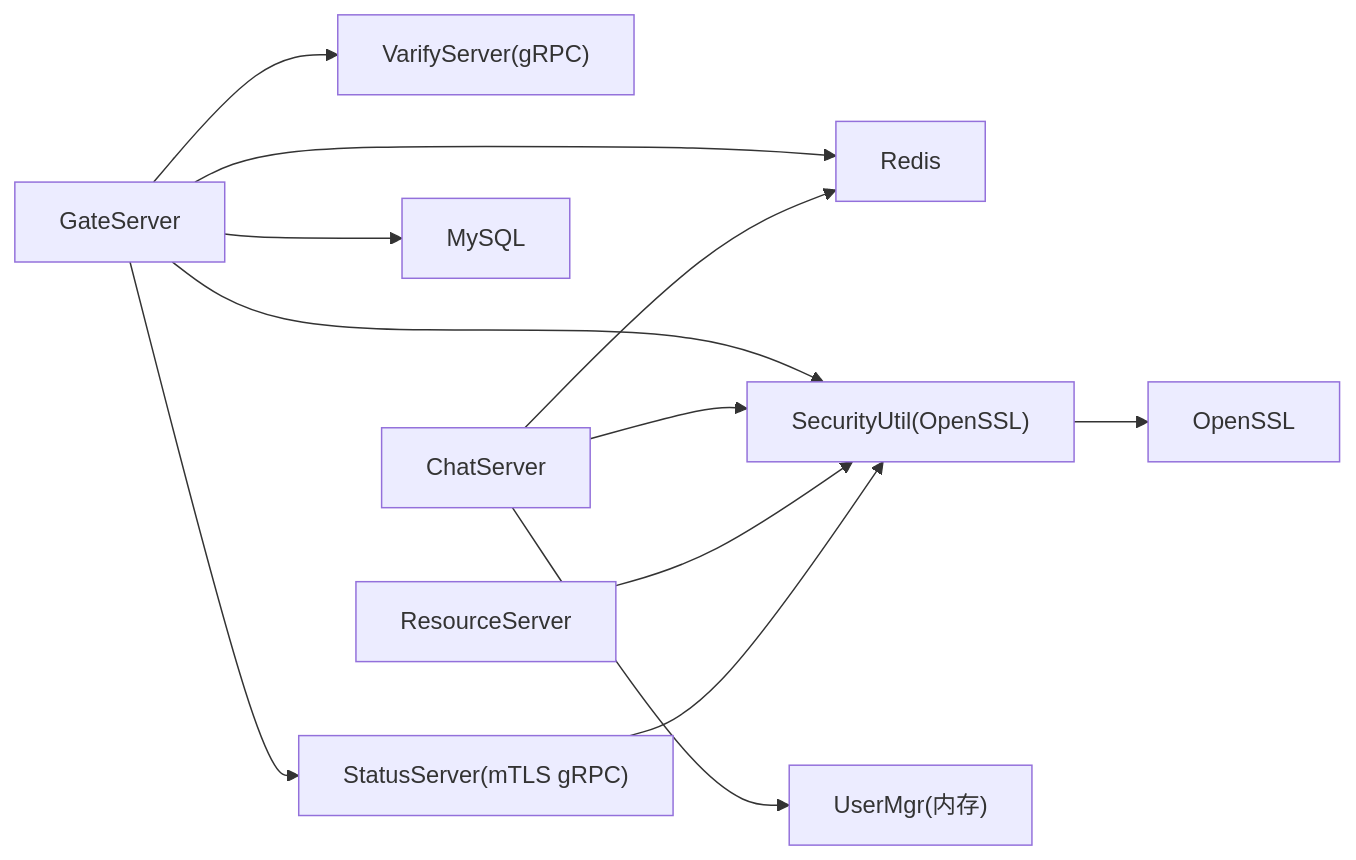
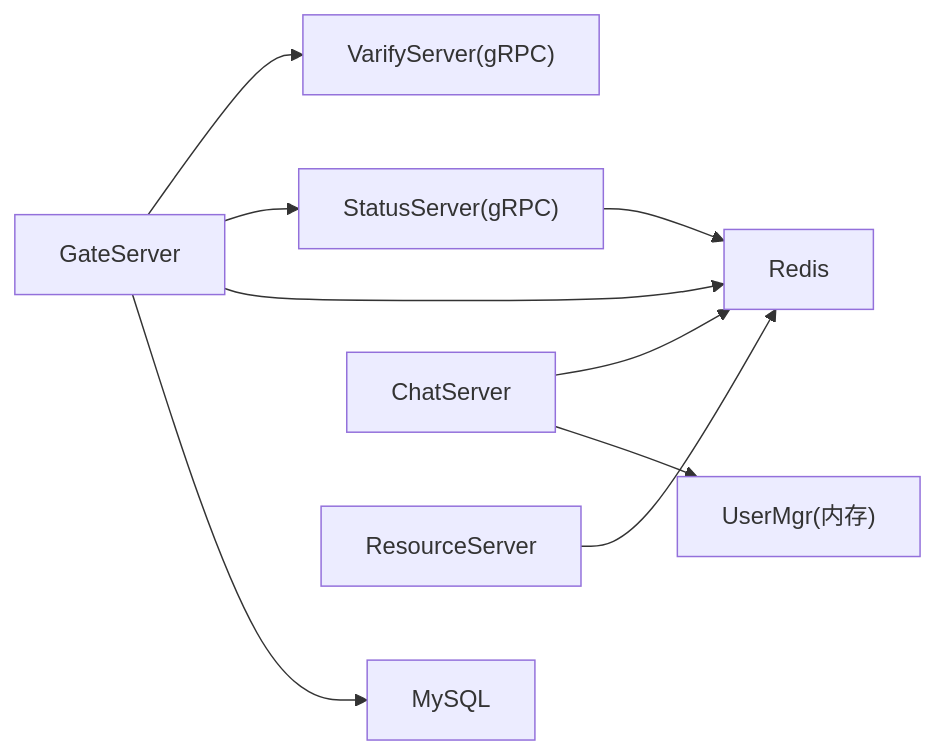
One commit to echo9923/mychatter changed the tenth of 10 diagrams in .qoder/repowiki/zh/content/安全设计/身份认证系统/身份认证系统.md. Above: the diagram before and after it, drawn with Mermaid. The commit also changed other lines of this file and 58 other files, not shown here.

````diff
--- a/.qoder/repowiki/zh/content/安全设计/身份认证系统/身份认证系统.md
+++ b/.qoder/repowiki/zh/content/安全设计/身份认证系统/身份认证系统.md
@@ -467,14 +418,11 @@
 ```mermaid
 graph LR
 Gate["GateServer"] --> Verify["VarifyServer(gRPC)"]
-Gate --> Status["StatusServer(mTLS gRPC)"]
+Gate --> Status["StatusServer(gRPC)"]
 Gate --> Redis["Redis"]
 Gate --> MySQL["MySQL"]
-Gate --> SecUtil["SecurityUtil(OpenSSL)"]
 Chat["ChatServer"] --> Redis
 Chat --> UserMgr["UserMgr(内存)"]
-Chat --> SecUtil
-Resource["ResourceServer"] --> SecUtil
-Status --> SecUtil
-SecUtil --> OpenSSL["OpenSSL"]
+Resource["ResourceServer"] --> Redis
+Status --> Redis
 ```
````
